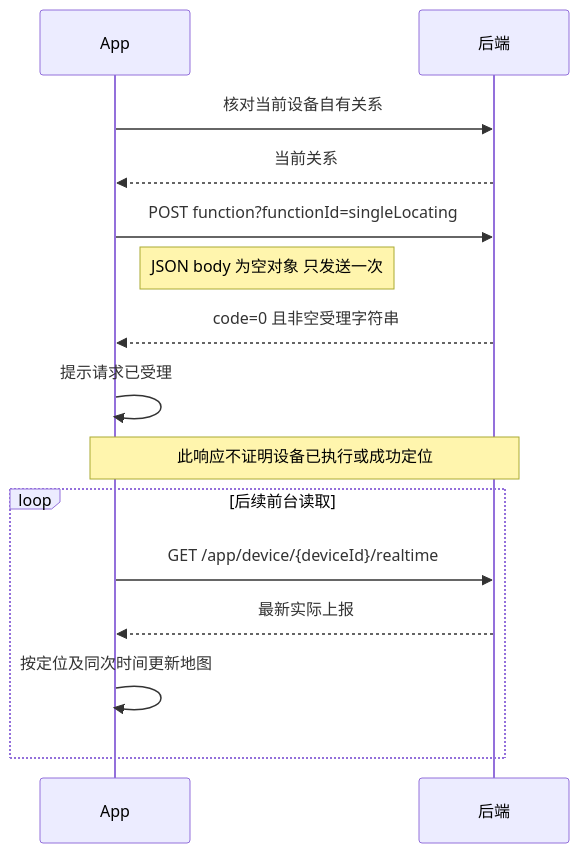
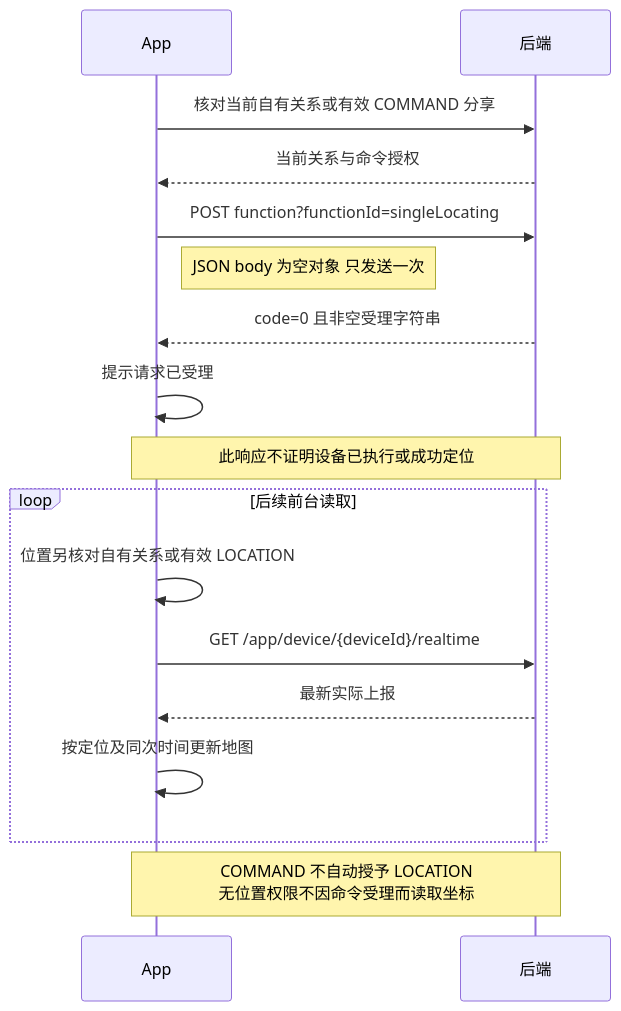
The diagram in guides/location-sequence.mmd (jarLiao/eview-connect-c-app-prototype), drawn with Mermaid before and after one commit. The commit also changed 38 other files, not shown here.

```diff
--- a/guides/location-sequence.mmd
+++ b/guides/location-sequence.mmd
@@ -1,15 +1,17 @@
 sequenceDiagram
     participant App as App
     participant API as 后端
-    App->>API: 核对当前设备自有关系
-    API-->>App: 当前关系
+    App->>API: 核对当前自有关系或有效 COMMAND 分享
+    API-->>App: 当前关系与命令授权
     App->>API: POST function?functionId=singleLocating
     Note right of App: JSON body 为空对象 只发送一次
     API-->>App: code=0 且非空受理字符串
     App->>App: 提示请求已受理
     Note over App,API: 此响应不证明设备已执行或成功定位
     loop 后续前台读取
+        App->>App: 位置另核对自有关系或有效 LOCATION
         App->>API: GET /app/device/{deviceId}/realtime
         API-->>App: 最新实际上报
         App->>App: 按定位及同次时间更新地图
     end
+    Note over App,API: COMMAND 不自动授予 LOCATION<br/>无位置权限不因命令受理而读取坐标
```
